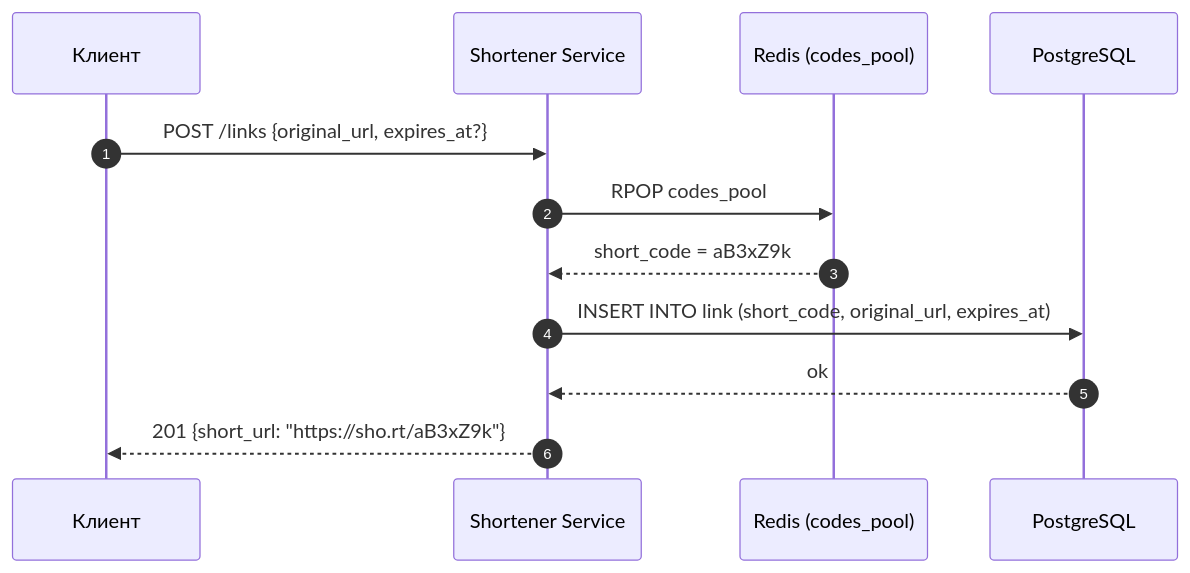
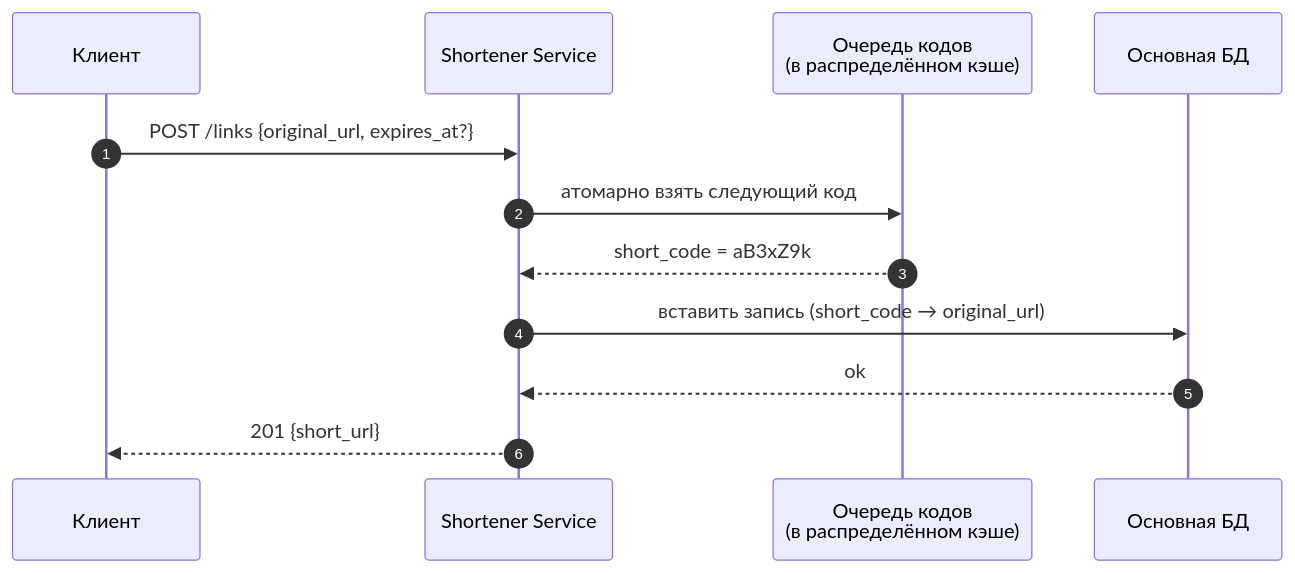
Before and after one commit to f1yToMoon/url_shortener: the sixth of 9 diagrams in README.md, drawn with Mermaid. The commit also changed other lines of this file, not shown here.

````diff
--- a/README.md
+++ b/README.md
@@ -403,15 +401,15 @@
 ```mermaid
 sequenceDiagram
   autonumber
   participant C as Клиент
   participant S as Shortener Service
-  participant Pool as Redis (codes_pool)
-  participant PG as PostgreSQL
+  participant Pool as Очередь кодов<br/>(в распределённом кэше)
+  participant DB as Основная БД
 
   C->>S: POST /links {original_url, expires_at?}
-  S->>Pool: RPOP codes_pool
+  S->>Pool: атомарно взять следующий код
   Pool-->>S: short_code = aB3xZ9k
-  S->>PG: INSERT INTO link (short_code, original_url, expires_at)
-  PG-->>S: ok
-  S-->>C: 201 {short_url: "https://sho.rt/aB3xZ9k"}
+  S->>DB: вставить запись (short_code → original_url)
+  DB-->>S: ok
+  S-->>C: 201 {short_url}
 ```
````
